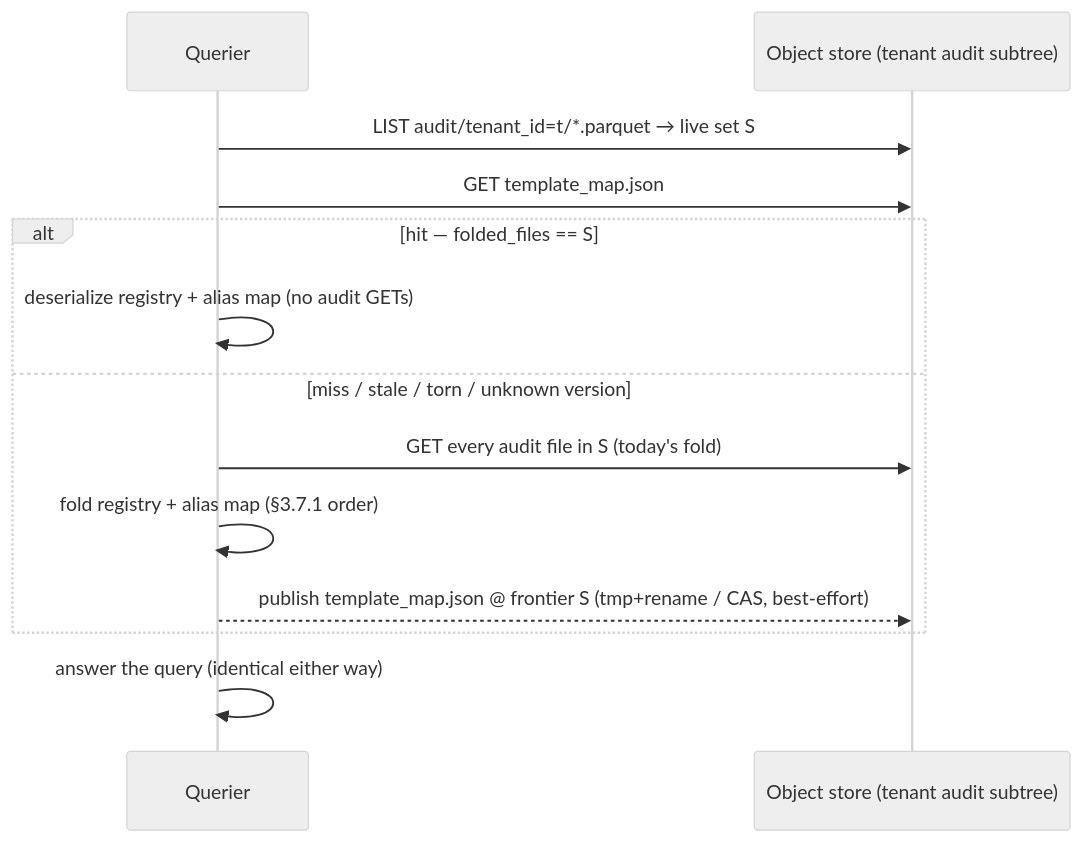
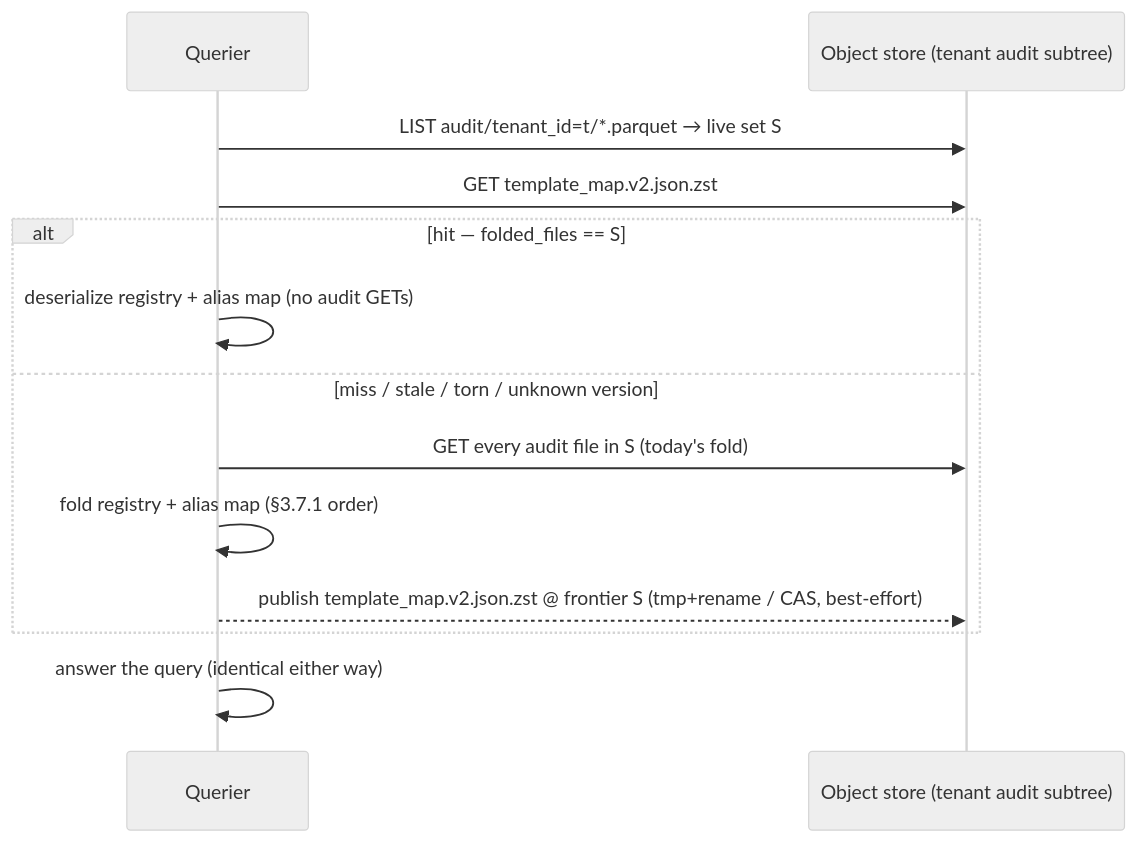
The diagram in docs/rfcs/0033-cached-template-map.md (jensholdgaard/ourios), drawn with Mermaid (neutral theme) before and after one commit. The commit also changed other lines of this file, not shown here.

First line of the commit message:
docs(rfc): rfc 0033 amendment — v2 wording in the §3.2 intro and diagram labels

````diff
--- a/docs/rfcs/0033-cached-template-map.md
+++ b/docs/rfcs/0033-cached-template-map.md
@@ -378,15 +379,15 @@
 ```mermaid
 sequenceDiagram
     participant Q as Querier
     participant FS as Object store (tenant audit subtree)
     Q->>FS: LIST audit/tenant_id=t/*.parquet → live set S
-    Q->>FS: GET template_map.json
+    Q->>FS: GET template_map.v2.json.zst
     alt hit — folded_files == S
         Q->>Q: deserialize registry + alias map (no audit GETs)
     else miss / stale / torn / unknown version
         Q->>FS: GET every audit file in S (today's fold)
         Q->>Q: fold registry + alias map (§3.7.1 order)
-        Q-->>FS: publish template_map.json @ frontier S (tmp+rename / CAS, best-effort)
+        Q-->>FS: publish template_map.v2.json.zst @ frontier S (tmp+rename / CAS, best-effort)
     end
     Q->>Q: answer the query (identical either way)
 ```
````
